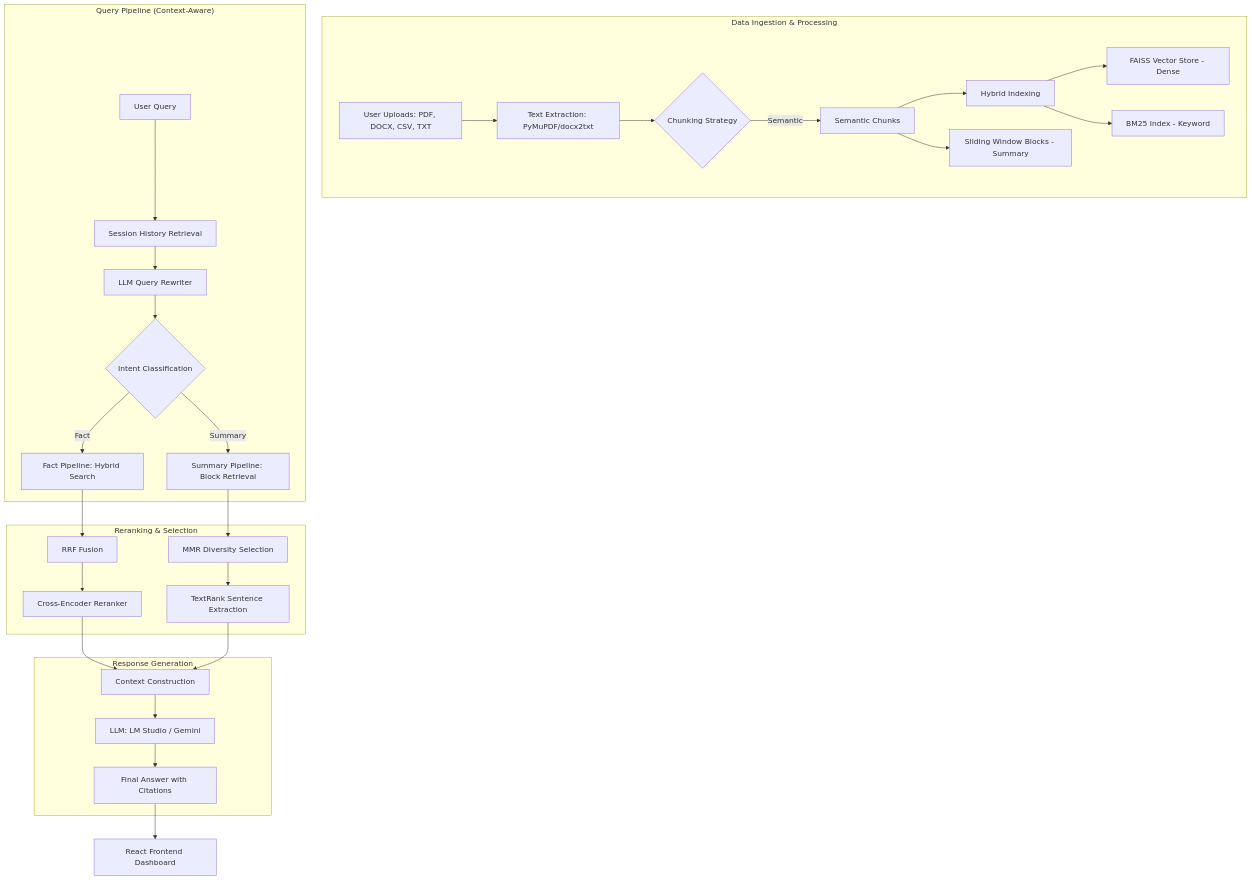
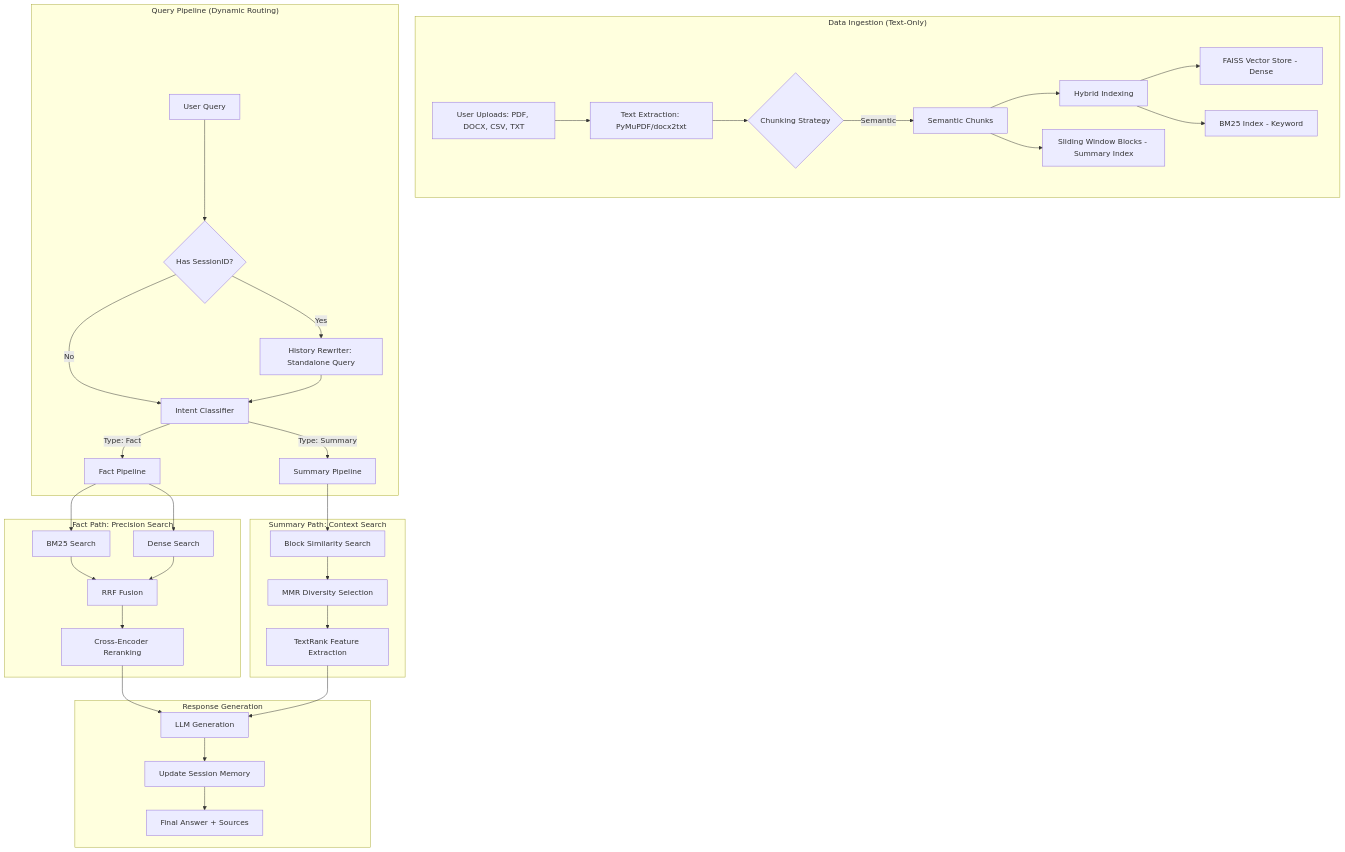
One commit to Chivu171/InsightAI changed the diagram in README.md. Above: the diagram before and after it, drawn with Mermaid. The commit also changed 3 other files, not shown here.

Commit message:
refactor: optimize RAG engine with O(1) chunk lookups, increase remote API timeout, and update architectural documentation for dynamic query routing.

````diff
--- a/README.md
+++ b/README.md
@@ -36,36 +36,42 @@
 ```mermaid
 graph TD
-    subgraph "Data Ingestion & Processing"
+    subgraph "Data Ingestion (Text-Only)"
         A[User Uploads: PDF, DOCX, CSV, TXT] --> B[Text Extraction: PyMuPDF/docx2txt]
         B --> C{Chunking Strategy}
         C -->|Semantic| D[Semantic Chunks]
         D --> E[Hybrid Indexing]
         E --> F[FAISS Vector Store - Dense]
         E --> G[BM25 Index - Keyword]
-        D --> H[Sliding Window Blocks - Summary]
+        D --> H[Sliding Window Blocks - Summary Index]
     end
 
-    subgraph "Query Pipeline (Context-Aware)"
-        I[User Query] --> J[Session History Retrieval]
-        J --> K[LLM Query Rewriter]
-        K --> L{Intent Classification}
-        L -->|Fact| M[Fact Pipeline: Hybrid Search]
-        L -->|Summary| N[Summary Pipeline: Block Retrieval]
+    subgraph "Query Pipeline (Dynamic Routing)"
+        I[User Query] --> J{Has SessionID?}
+        J -->|Yes| K[History Rewriter: Standalone Query]
+        J -->|No| L[Intent Classifier]
+        K --> L
+        
+        L -->|Type: Fact| FACT_PATH[Fact Pipeline]
+        L -->|Type: Summary| SUM_PATH[Summary Pipeline]
     end
 
-    subgraph "Reranking & Selection"
-        M --> O[RRF Fusion]
-        O --> P[Cross-Encoder Reranker]
-        N --> Q[MMR Diversity Selection]
-        Q --> R[TextRank Sentence Extraction]
+    subgraph "Fact Path: Precision Search"
+        FACT_PATH --> BM25_R[BM25 Search]
+        FACT_PATH --> DENSE_R[Dense Search]
+        BM25_R & DENSE_R --> FUSION[RRF Fusion]
+        FUSION --> RERANK[Cross-Encoder Reranking]
+    end
+
+    subgraph "Summary Path: Context Search"
+        SUM_PATH --> BLOCKS[Block Similarity Search]
+        BLOCKS --> MMR[MMR Diversity Selection]
+        MMR --> TRANN[TextRank Feature Extraction]
     end
 
     subgraph "Response Generation"
-        P --> S[Context Construction]
-        R --> S
-        S --> T[LLM: LM Studio / Gemini]
-        T --> U[Final Answer with Citations]
+        RERANK --> GEN[LLM Generation]
+        TRANN --> GEN
+        GEN --> HIST[Update Session Memory]
+        HIST --> RESP[Final Answer + Sources]
     end
-
-    U --> UI[React Frontend Dashboard]
 ```
````
